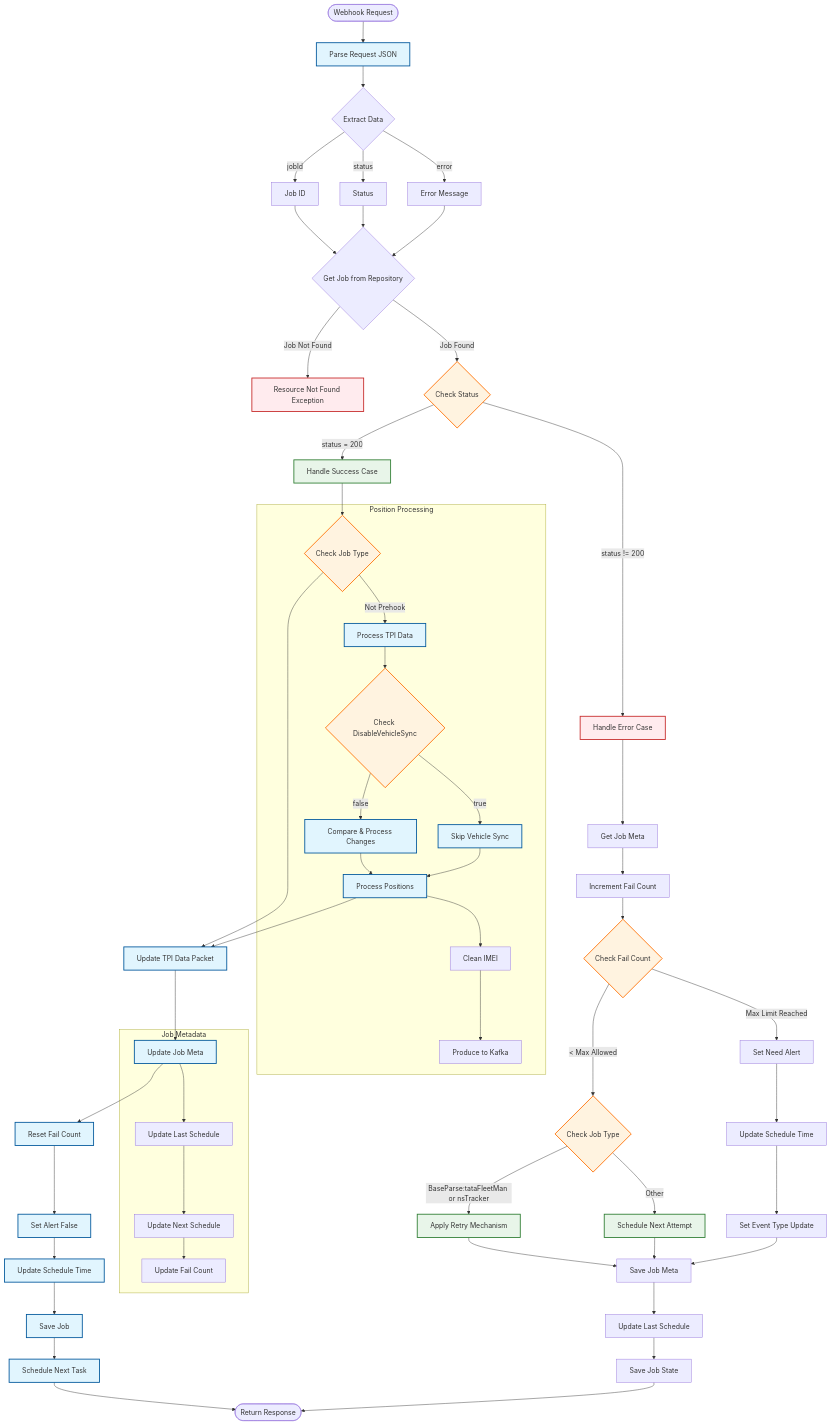
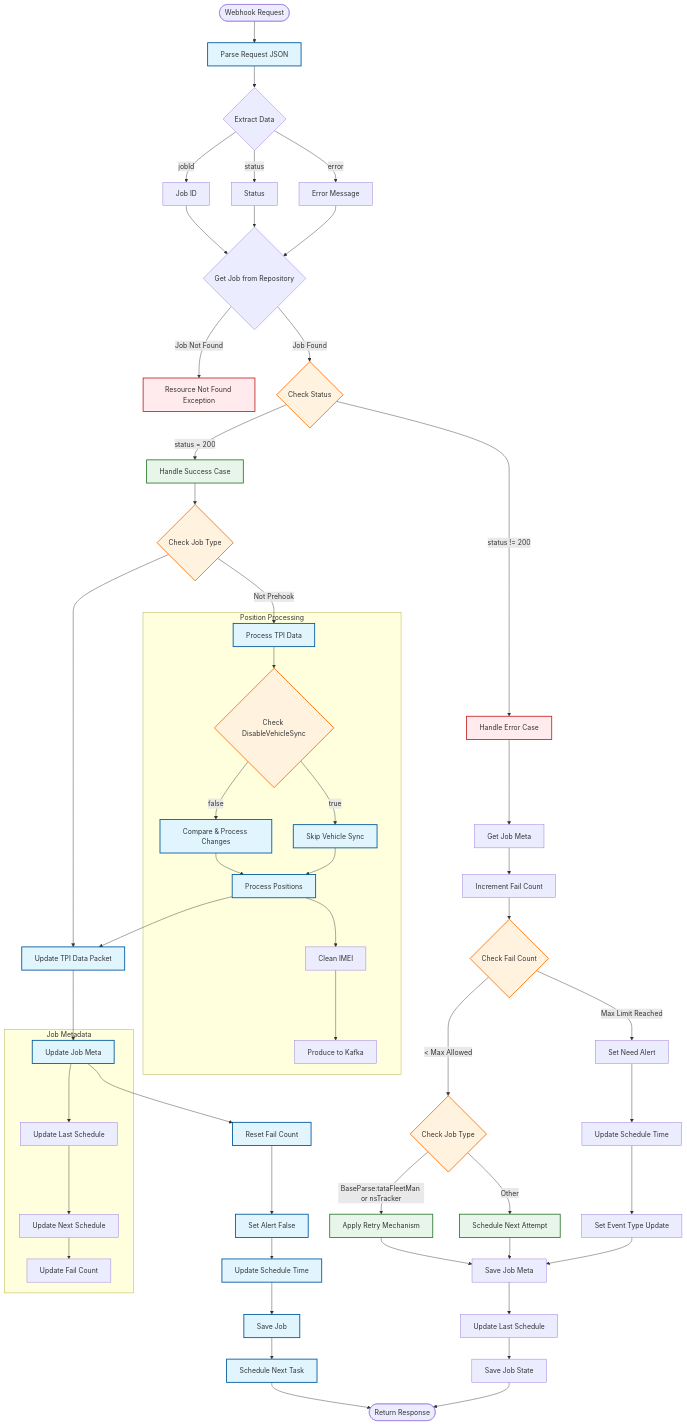
One commit to sahilFretron/myPush changed the diagram in TPI/WebhookAPI.mermaid. Above: the diagram before and after it, drawn with Mermaid.

```diff
--- a/TPI/WebhookAPI.mermaid
+++ b/TPI/WebhookAPI.mermaid
@@ -1,75 +1,76 @@
 flowchart TD
     Start([Webhook Request]) --> A[Parse Request JSON]
     A --> B{Extract Data}
     B --> |jobId| C[Job ID]
     B --> |status| D[Status]
     B --> |error| E[Error Message]
     
     C & D & E --> F{Get Job from Repository}
     F -->|Job Not Found| G[Resource Not Found Exception]
     
     F -->|Job Found| H{Check Status}
     
     %% Success Flow
     H -->|status = 200| I[Handle Success Case]
     I --> J{Check Job Type}
+    J -->|Not Prehook| K[Process TPI Data]
     O --> P[Update TPI Data Packet]
     
     %% Common Success Steps
     J --> P
     P --> Q[Update Job Meta]
     Q --> R[Reset Fail Count]
     R --> S[Set Alert False]
     S --> T[Update Schedule Time]
     T --> U[Save Job]
     U --> V[Schedule Next Task]
     
     %% Error Flow
     H -->|status != 200| W[Handle Error Case]
     W --> X[Get Job Meta]
     X --> Y[Increment Fail Count]
     
     Y --> Z{Check Fail Count}
     Z -->|< Max Allowed| AA{Check Job Type}
     AA -->|BaseParse:tataFleetMan or nsTracker| AB[Apply Retry Mechanism]
     AA -->|Other| AC[Schedule Next Attempt]
     
     Z -->|Max Limit Reached| AD[Set Need Alert]
     AD --> AE[Update Schedule Time]
     AE --> AF[Set Event Type Update]
     
     AB & AC & AF --> AG[Save Job Meta]
     AG --> AH[Update Last Schedule]
     AH --> AI[Save Job State]
     
     %% Final Steps
     V & AI --> End([Return Response])
     
     %% Subgraph for Position Processing
     subgraph Position Processing
-        J -->|Not Prehook| K[Process TPI Data]
+        
         K --> L{Check DisableVehicleSync}
         L -->|false| M[Compare & Process Changes]
         L -->|true| N[Skip Vehicle Sync]
         M & N --> O[Process Positions]
         O --> O1[Clean IMEI]
         O1 --> O2[Produce to Kafka]
     end
     
     %% Subgraph for Job Meta Updates
     subgraph Job Metadata
         Q --> Q1[Update Last Schedule]
         Q1 --> Q2[Update Next Schedule]
         Q2 --> Q3[Update Fail Count]
     end
     
     %% Styling
     classDef process fill:#e1f5fe,stroke:#01579b,stroke-width:2px
     classDef decision fill:#fff3e0,stroke:#ff6f00,stroke-width:2px
     classDef error fill:#ffebee,stroke:#c62828,stroke-width:2px
     classDef success fill:#e8f5e9,stroke:#2e7d32,stroke-width:2px
     
     class A,K,M,N,O,P,Q,R,S,T,U,V process
     class H,J,L,Z,AA decision
     class G,W,ErrorLog error
     class I,AB,AC success
```
